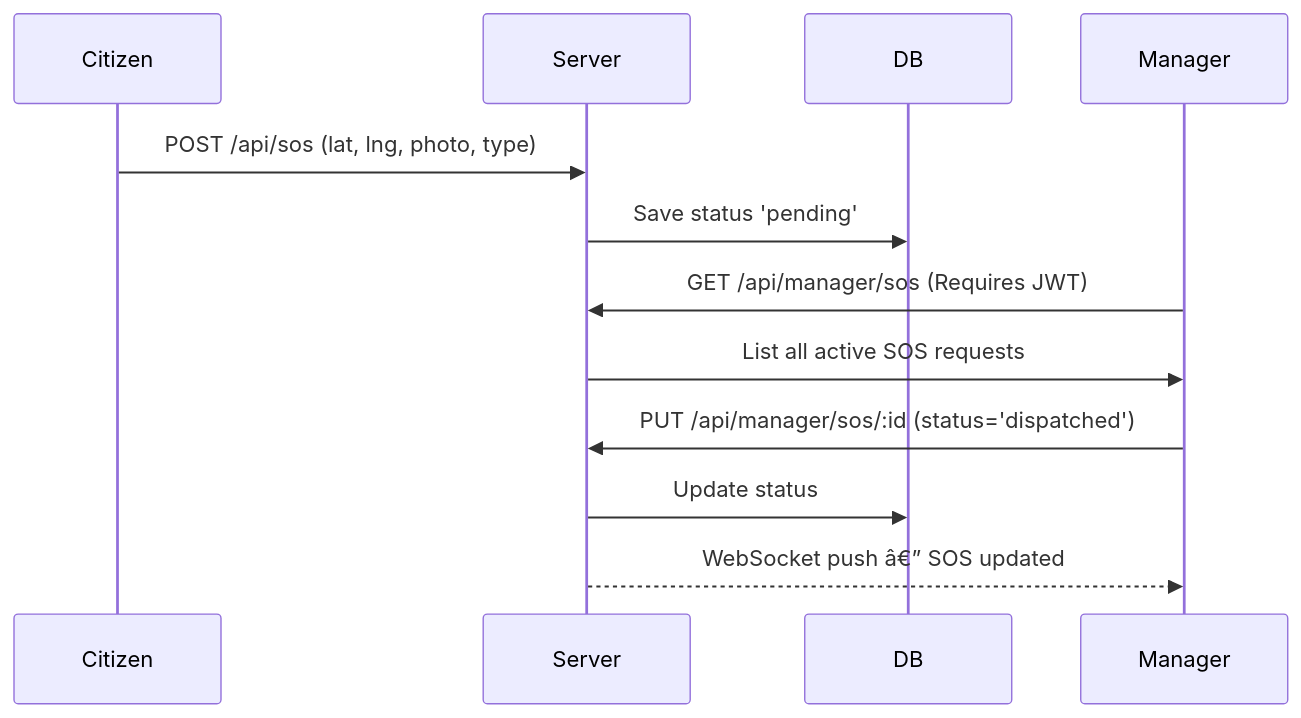
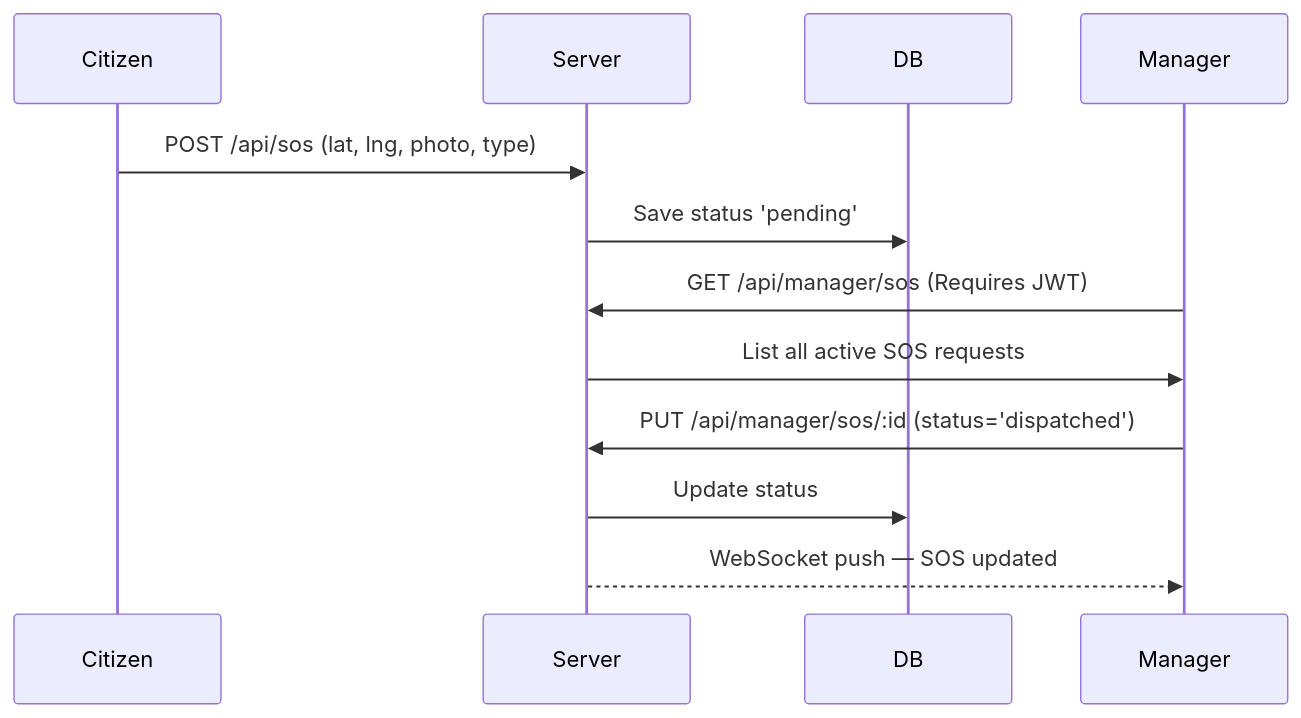
One commit to omcodes16/make-to-win changed the fifth of 6 diagrams in README.md. Above: the diagram before and after it, drawn with Mermaid. The commit also changed other lines of this file, not shown here.

Commit message:
docs: restructure README with full SIH26068 project details, status, team, data sources, and architecture

````diff
--- a/README.md
+++ b/README.md
@@ -387,15 +567,15 @@
 ```mermaid
 sequenceDiagram
     participant Citizen
     participant Server
     participant DB
     participant Manager
 
     Citizen->>Server: POST /api/sos (lat, lng, photo, type)
     Server->>DB: Save status 'pending'
     Manager->>Server: GET /api/manager/sos (Requires JWT)
     Server->>Manager: List all active SOS requests
     Manager->>Server: PUT /api/manager/sos/:id (status='dispatched')
     Server->>DB: Update status
-    Server-->>Manager: WebSocket push â€” SOS updated
+    Server-->>Manager: WebSocket push — SOS updated
 ```
````
